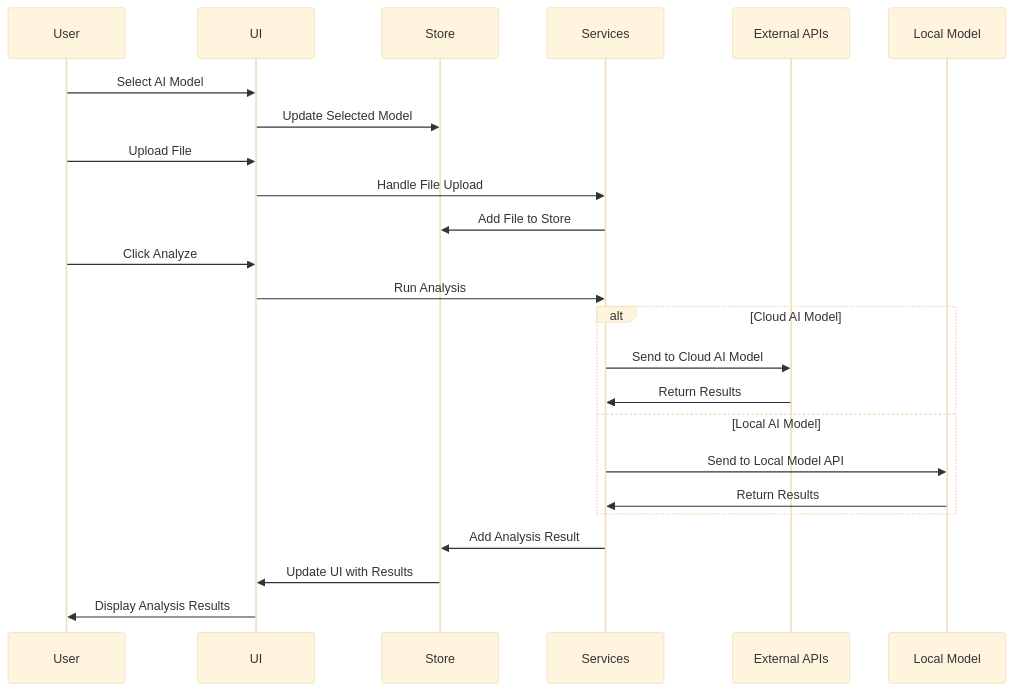
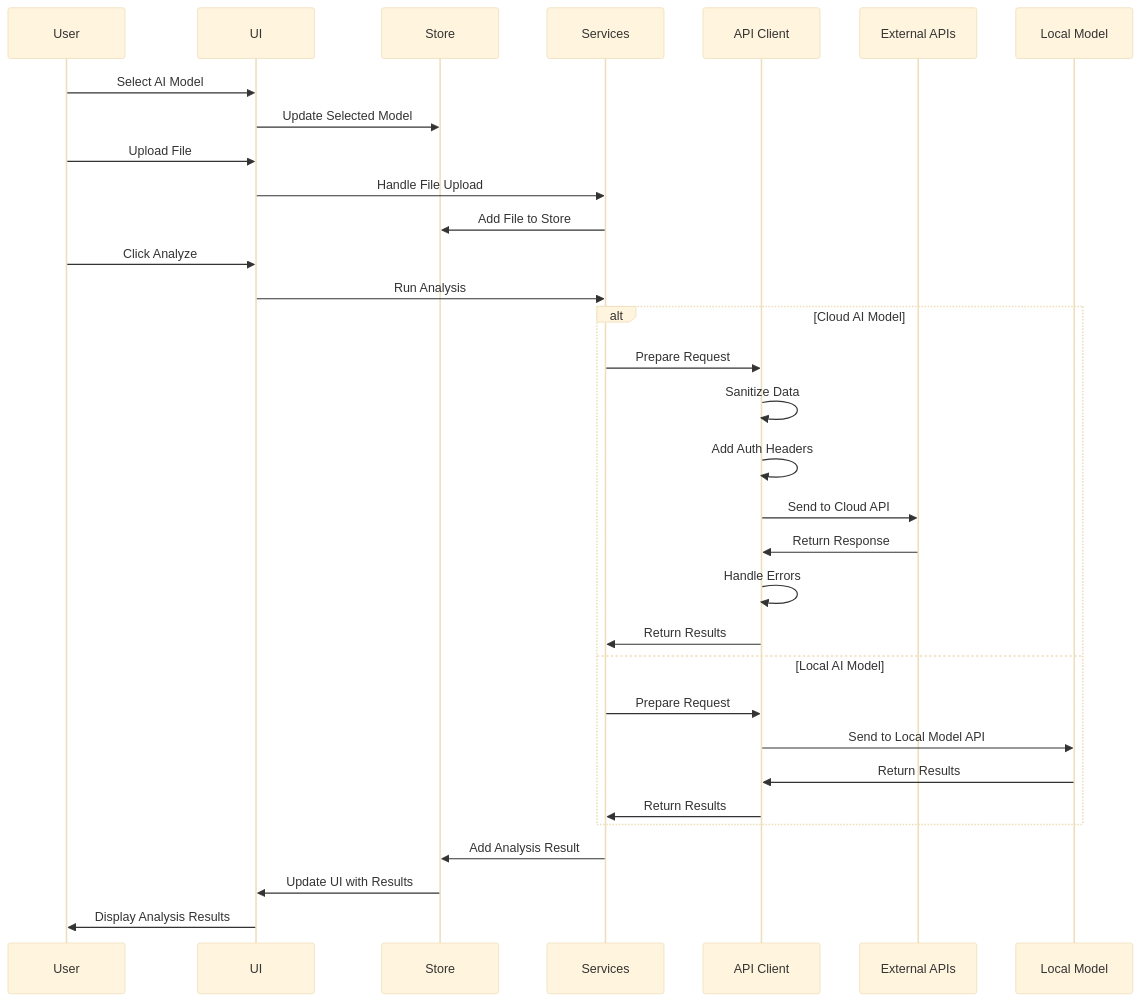
The second of 7 diagrams in README.md (radicalkjax/Athena), drawn with Mermaid (base theme) before and after one commit. The commit also changed other lines of this file and 12 other files, not shown here.

````diff
--- a/README.md
+++ b/README.md
@@ -87,22 +103,29 @@
 ```mermaid
 sequenceDiagram
     User->>UI: Select AI Model
     UI->>Store: Update Selected Model
     User->>UI: Upload File
     UI->>Services: Handle File Upload
     Services->>Store: Add File to Store
     User->>UI: Click Analyze
     UI->>Services: Run Analysis
     
     alt Cloud AI Model
-        Services->>External APIs: Send to Cloud AI Model
-        External APIs->>Services: Return Results
+        Services->>API Client: Prepare Request
+        API Client->>API Client: Sanitize Data
+        API Client->>API Client: Add Auth Headers
+        API Client->>External APIs: Send to Cloud API
+        External APIs->>API Client: Return Response
+        API Client->>API Client: Handle Errors
+        API Client->>Services: Return Results
     else Local AI Model
-        Services->>Local Model: Send to Local Model API
-        Local Model->>Services: Return Results
+        Services->>API Client: Prepare Request
+        API Client->>Local Model: Send to Local Model API
+        Local Model->>API Client: Return Results
+        API Client->>Services: Return Results
     end
     
     Services->>Store: Add Analysis Result
     Store->>UI: Update UI with Results
     UI->>User: Display Analysis Results
 ```
````
